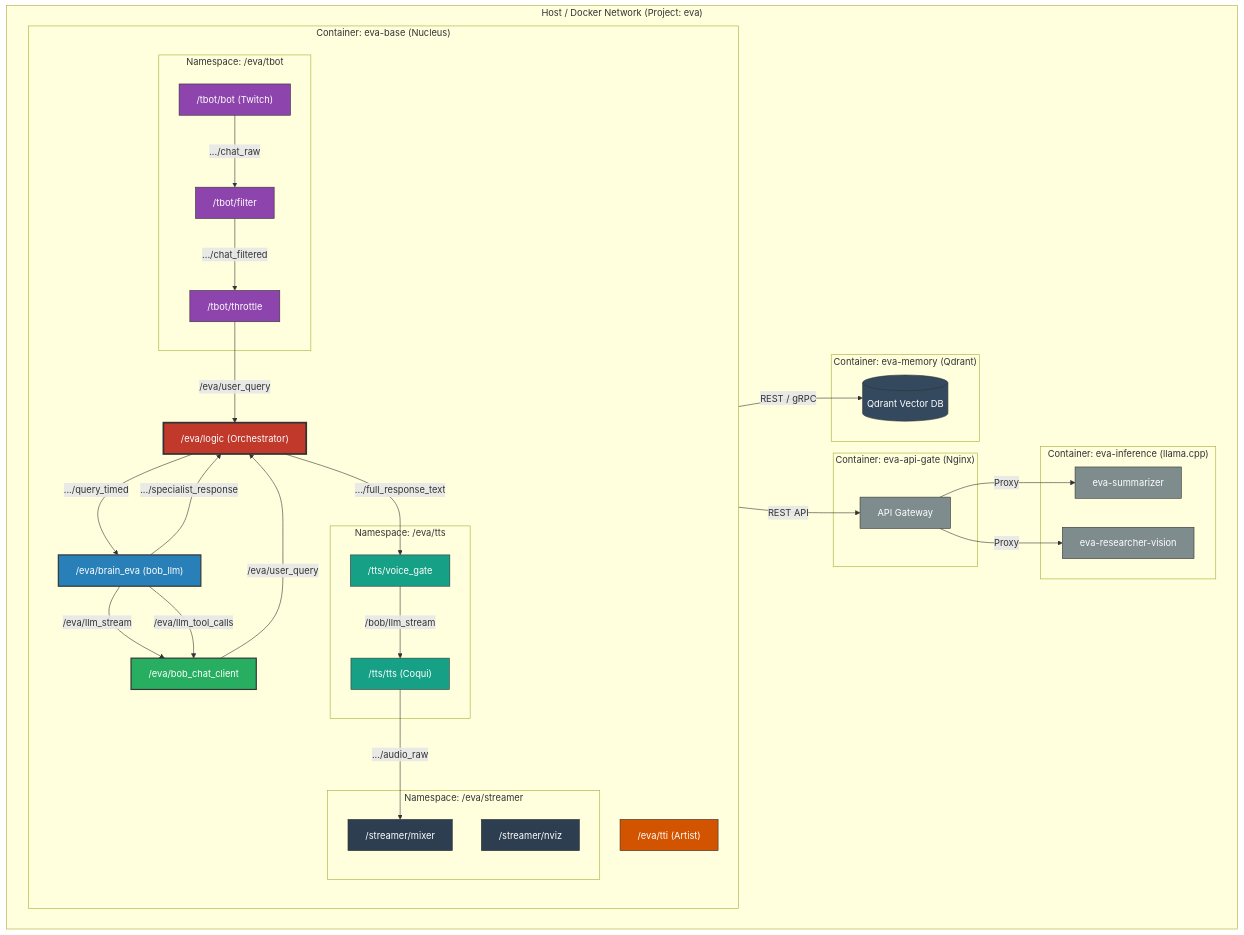
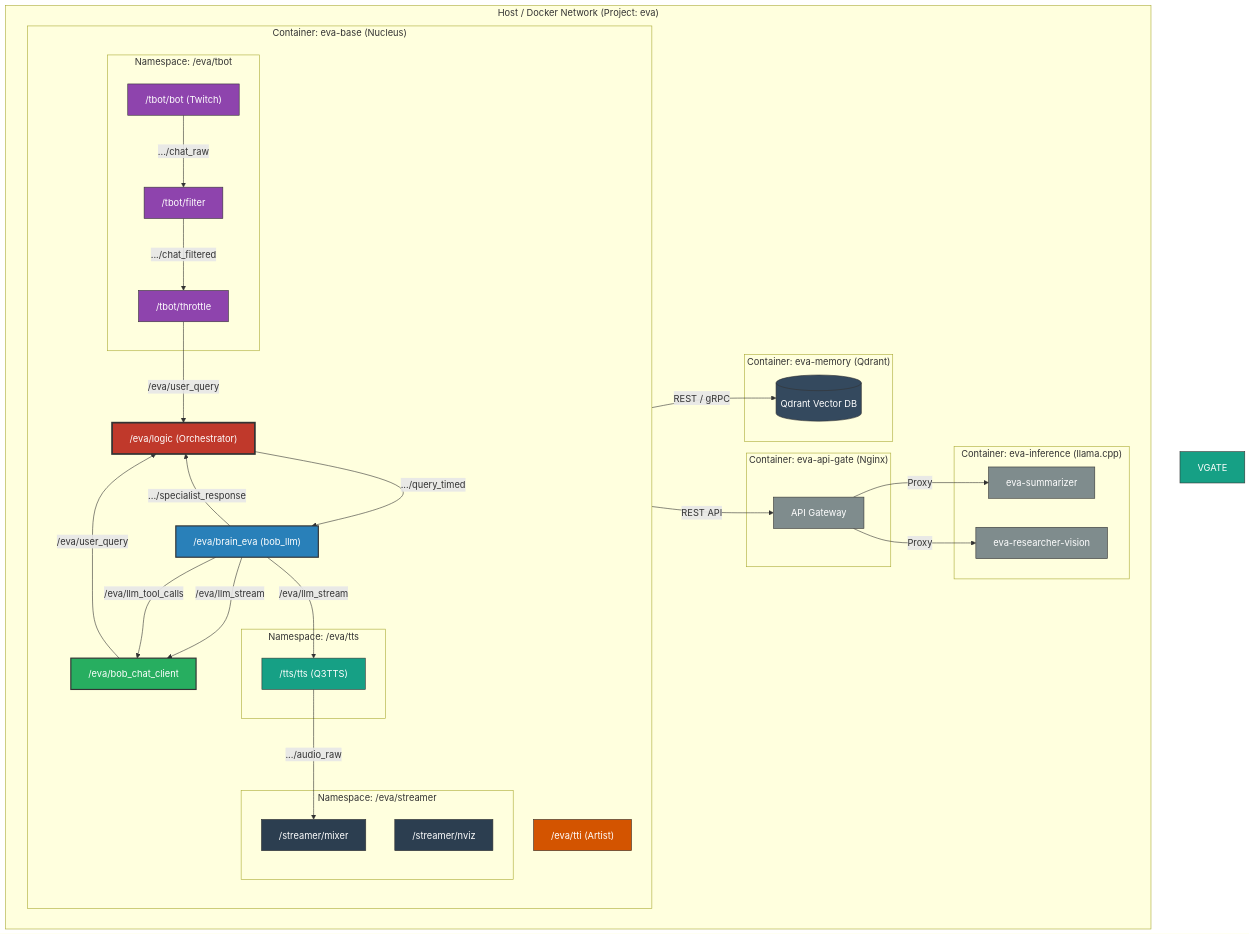
Before and after one commit to bob-ros2/bob_central: the diagram in README.md, drawn with Mermaid. The commit also changed 14 other files, not shown here.

```diff
--- a/README.md
+++ b/README.md
@@ -94,8 +94,7 @@
             CLIENT["/eva/bob_chat_client"]
             
             subgraph "Namespace: /eva/tts"
-                VGATE["/tts/voice_gate"]
-                TTS["/tts/tts (Coqui)"]
+                TTS["/tts/tts (Q3TTS)"]
             end
 
             subgraph "Namespace: /eva/streamer"
@@ -125,9 +124,8 @@
     BRAIN -- "/eva/llm_stream" --> CLIENT
     BRAIN -- "/eva/llm_tool_calls" --> CLIENT
     
-    %% To TTS Pipeline
-    LOGIC -- ".../full_response_text" --> VGATE
-    VGATE -- "/bob/llm_stream" --> TTS
+    %% To TTS Pipeline (Direct Stream)
+    BRAIN -- "/eva/llm_stream" --> TTS
     TTS -- ".../audio_raw" --> MIXER
 
     %% Inference / Proxy
```
